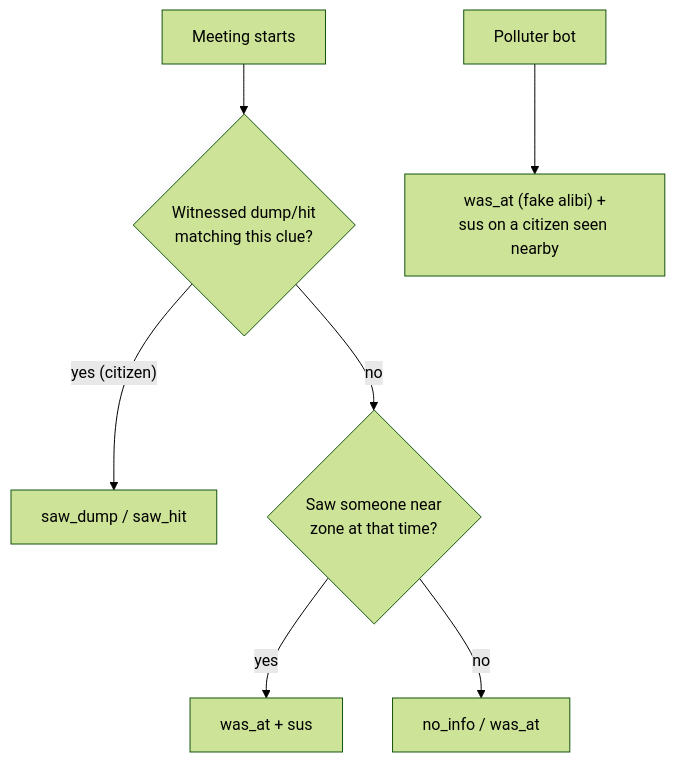
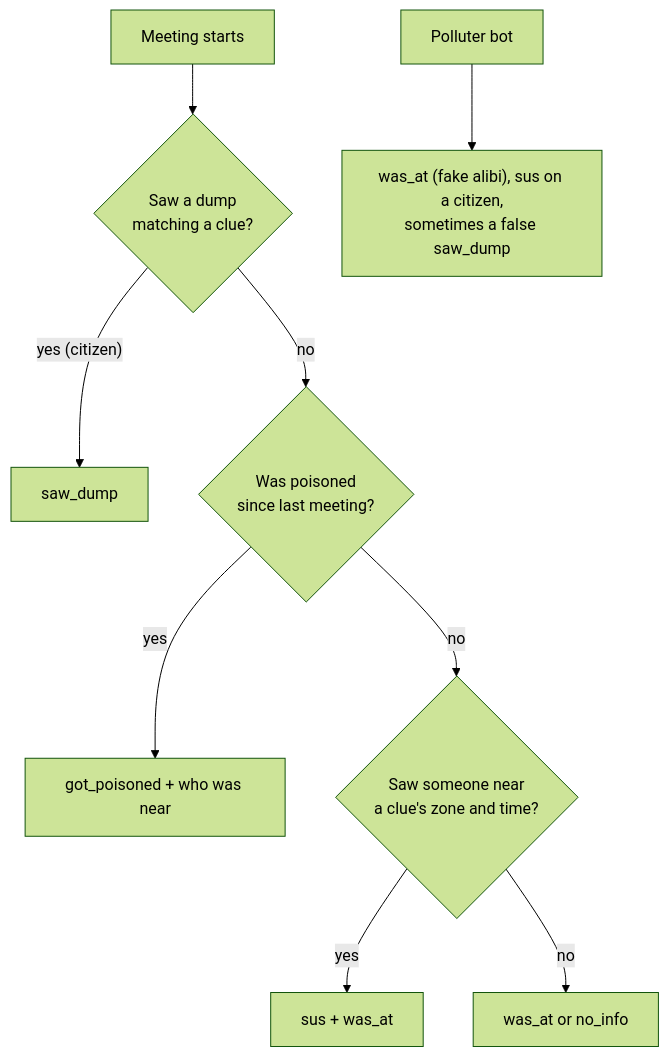
The fourth of 5 diagrams in docs/architecture/06-bots-and-ai.md (Faouzi-Blibech/EcoSus-Uncycled), drawn with Mermaid (forest theme) before and after one commit. The commit also changed other lines of this file and 11 other files, not shown here.

Commit message:
docs: second design review (2026-11-14) for the architecture views and the design spec

````diff
--- a/docs/architecture/06-bots-and-ai.md
+++ b/docs/architecture/06-bots-and-ai.md
@@ -95,9 +108,11 @@
 ```mermaid
 flowchart TD
-    m["Meeting starts"] --> w{"Witnessed dump/hit<br/>matching this clue?"}
-    w -- "yes (citizen)" --> t1["saw_dump / saw_hit"]
-    w -- no --> s{"Saw someone near<br/>zone at that time?"}
-    s -- yes --> t2["was_at + sus"]
-    s -- no --> t3["no_info / was_at"]
-    pol["Polluter bot"] --> lie["was_at (fake alibi) +<br/>sus on a citizen seen nearby"]
+    m["Meeting starts"] --> w{"Saw a dump<br/>matching a clue?"}
+    w -- "yes (citizen)" --> t1["saw_dump"]
+    w -- no --> p{"Was poisoned<br/>since last meeting?"}
+    p -- yes --> t2["got_poisoned + who was near"]
+    p -- no --> s{"Saw someone near<br/>a clue's zone and time?"}
+    s -- yes --> t3["sus + was_at"]
+    s -- no --> t4["was_at or no_info"]
+    pol["Polluter bot"] --> lie["was_at (fake alibi), sus on a citizen,<br/>sometimes a false saw_dump"]
 ```
````
